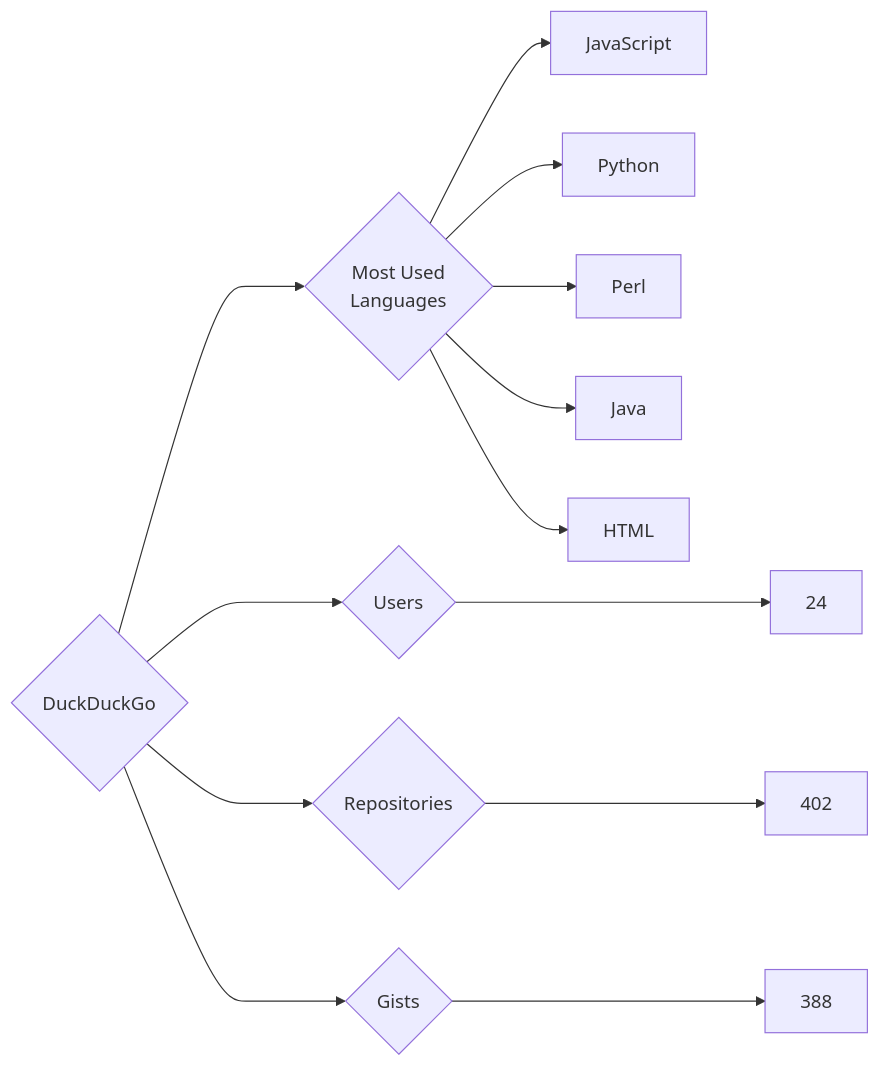
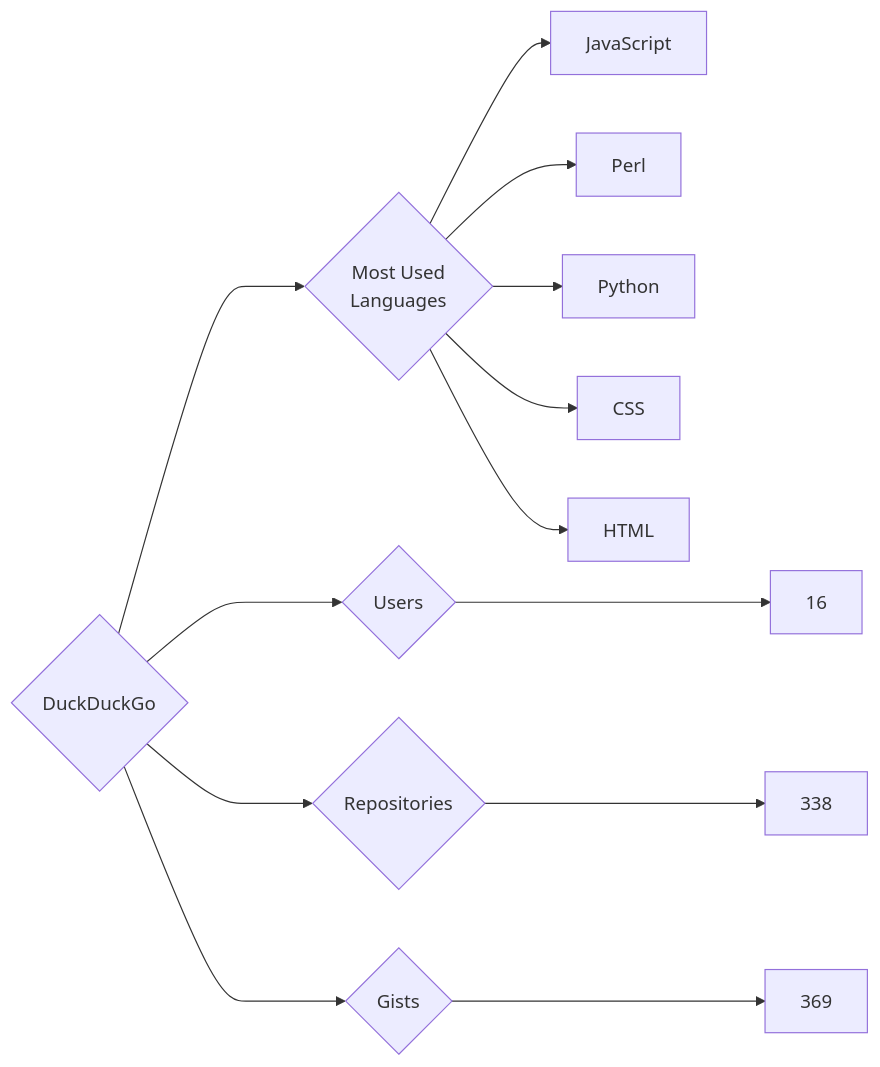
The diagram in targets/DuckDuckGo/README.md (trickest/insiders), drawn with Mermaid before and after one commit. The commit also changed 757 other files, not shown here.

````diff
--- a/targets/DuckDuckGo/README.md
+++ b/targets/DuckDuckGo/README.md
@@ -3,13 +3,13 @@
 ```mermaid
 graph LR
 COMPANY_NAME{DuckDuckGo}
-COMPANY_NAME ---> U{Users} ---> UN[24]
-COMPANY_NAME ---> R{Repositories} ---> RN[402]
-COMPANY_NAME ---> G{Gists} ---> GN[388]
+COMPANY_NAME ---> U{Users} ---> UN[16]
+COMPANY_NAME ---> R{Repositories} ---> RN[338]
+COMPANY_NAME ---> G{Gists} ---> GN[369]
 COMPANY_NAME ---> ML{Most Used<br>Languages}
 ML --> JavaScript[JavaScript]
+ML --> Perl[Perl]
 ML --> Python[Python]
-ML --> Perl[Perl]
-ML --> Java[Java]
+ML --> CSS[CSS]
 ML --> HTML[HTML]
 ```
````
